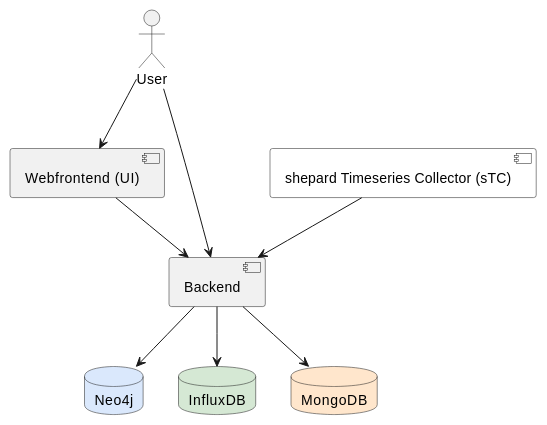
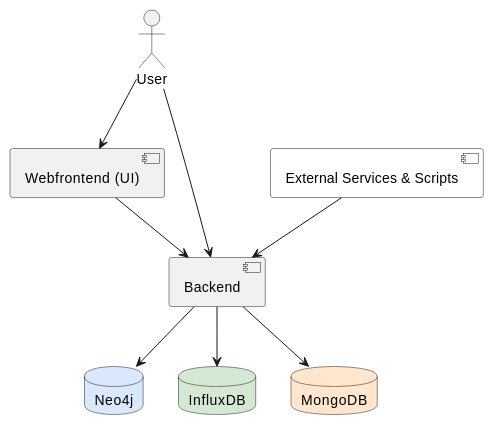
Before and after one commit to noheton/shepard: the diagram in architecture/src/05_building_block_view/index.adoc, drawn with PlantUML. The commit also changed other lines of this file, not shown here.

Commit message:
#82 rename sTC to external services

```diff
--- a/architecture/src/05_building_block_view/index.adoc
+++ b/architecture/src/05_building_block_view/index.adoc
@@ -13,24 +13,24 @@
 [plantuml, "{plantUMLDir}whitebox-overview", png]
 ----
 @startuml Whitebox Overview
 
 :User: as user
 [Webfrontend (UI)] as frontend
-[shepard Timeseries Collector (sTC)] as stc #ffffff
+[External Services & Scripts] as stc #ffffff
 
 [Backend] as backend
 database "Neo4j" as neo4j #DAE8FC
 database "InfluxDB" as influxdb #D5E8D4
 database "MongoDB" as mongodb #FFE6CC
 
 stc --> backend
 frontend --> backend
 
 backend --> neo4j
 backend --> influxdb
 backend --> mongodb
 
 user --> frontend
 user --> backend
 @enduml
 ----
```
